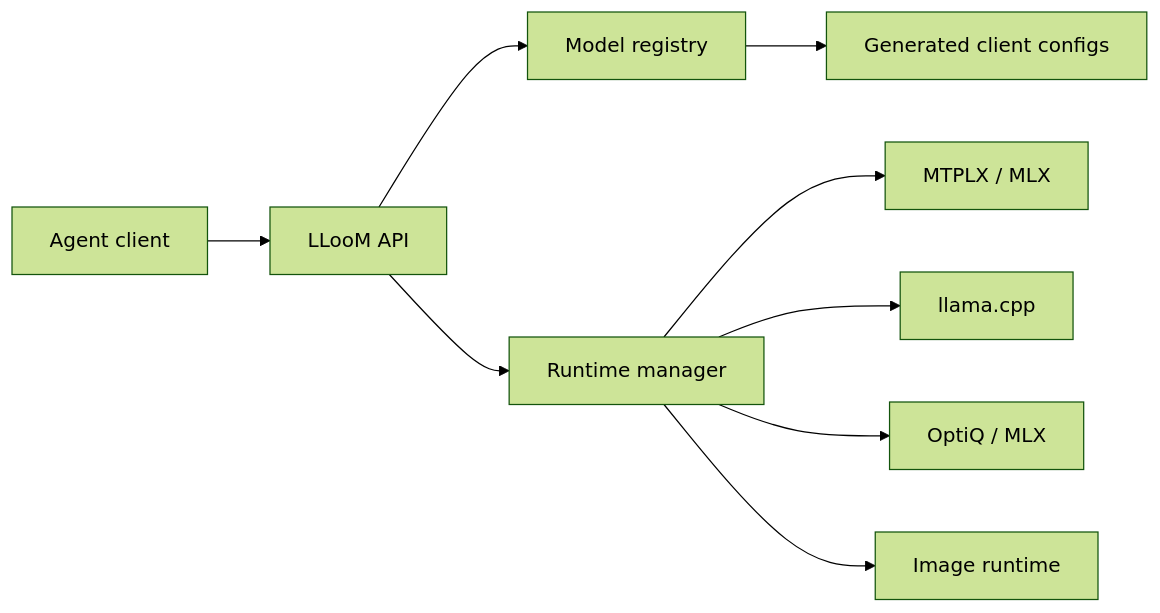
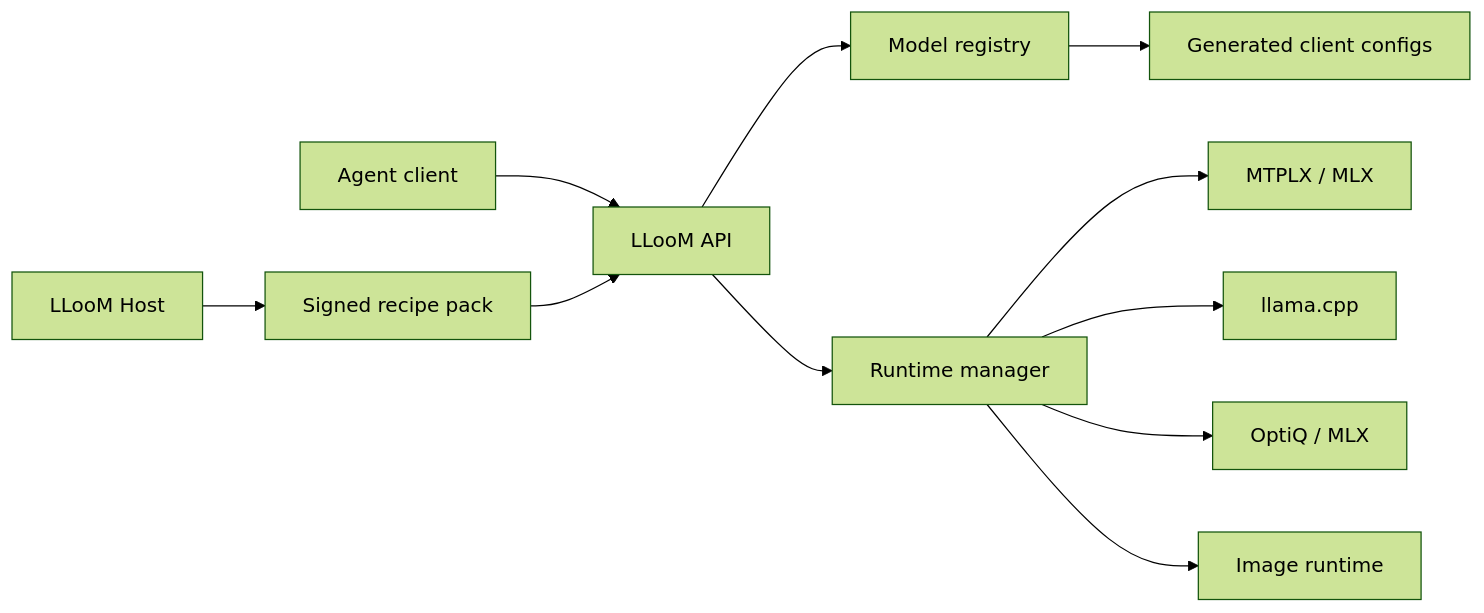
The diagram in README.md (Enntity/lloom), drawn with Mermaid (forest theme) before and after one commit. The commit also changed other lines of this file and 119 other files, not shown here.

````diff
--- a/README.md
+++ b/README.md
@@ -192,11 +346,13 @@
 ```mermaid
 flowchart LR
   Client["Agent client"] --> API["LLooM API"]
+  Host["LLooM Host"] --> Pack["Signed recipe pack"]
+  Pack --> API
   API --> Registry["Model registry"]
   API --> Runtime["Runtime manager"]
   Runtime --> MTPLX["MTPLX / MLX"]
   Runtime --> LCPP["llama.cpp"]
   Runtime --> OptiQ["OptiQ / MLX"]
   Runtime --> Image["Image runtime"]
   Registry --> Clients["Generated client configs"]
 ```
````
